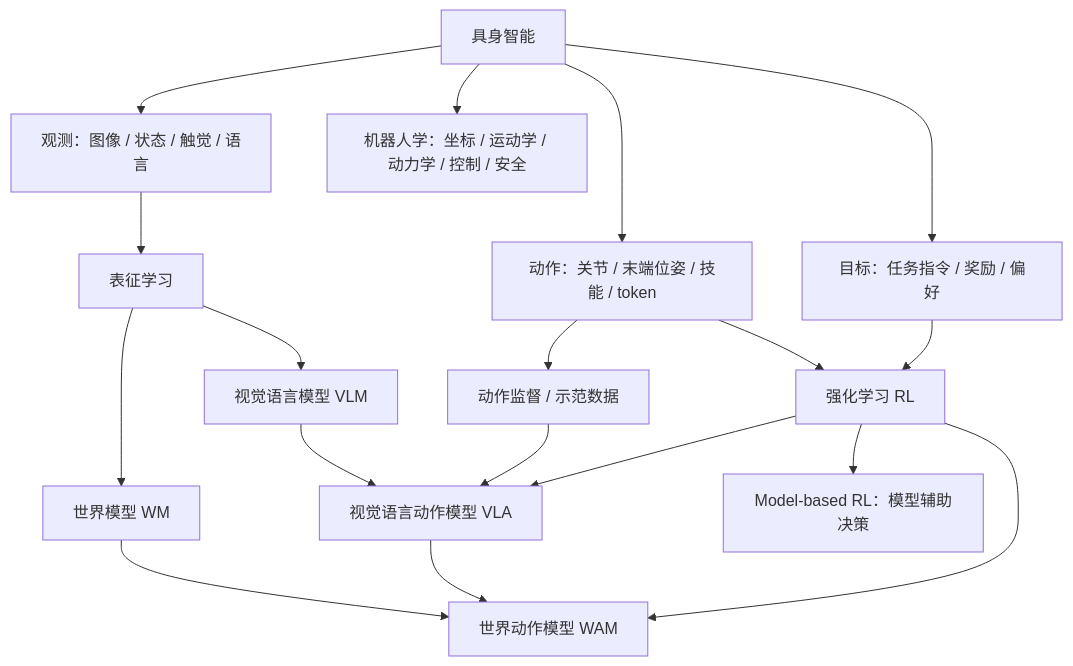
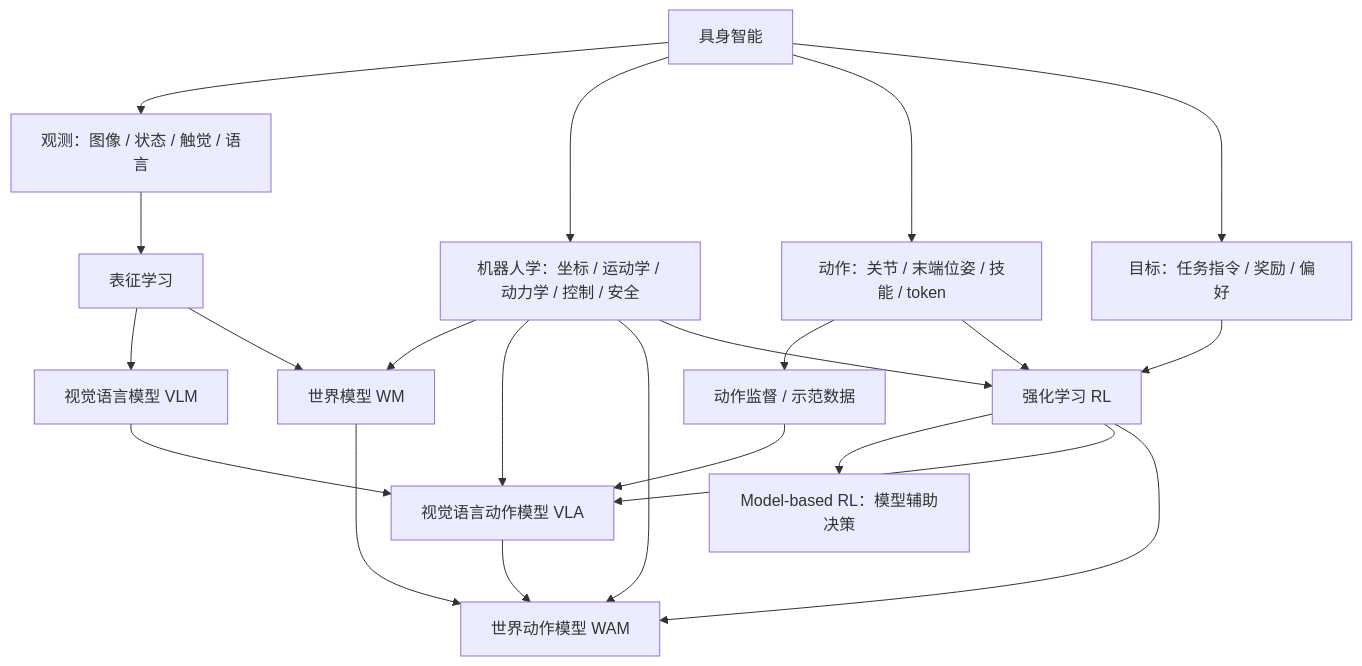
The second of 8 diagrams in docs/knowledge-map.md (Faraday-2024/Embodied-AI-Start), drawn with Mermaid before and after one commit.

Commit message:
Add ROB relationships to knowledge map
Added new relationships for ROB in the knowledge map.

````diff
--- a/docs/knowledge-map.md
+++ b/docs/knowledge-map.md
@@ -27,24 +27,28 @@
 ```mermaid
 flowchart TD
     ROOT["具身智能"] --> OBS["观测：图像 / 状态 / 触觉 / 语言"]
     ROOT --> ROB["机器人学：坐标 / 运动学 / 动力学 / 控制 / 安全"]
     ROOT --> ACT["动作：关节 / 末端位姿 / 技能 / token"]
     ROOT --> OBJ["目标：任务指令 / 奖励 / 偏好"]
 
     OBS --> REP["表征学习"]
     REP --> VLM["视觉语言模型 VLM"]
     REP --> WM["世界模型 WM"]
 
     VLM --> VLA["视觉语言动作模型 VLA"]
     WM --> WAM["世界动作模型 WAM"]
     VLA --> WAM
 
     ACT --> SUP["动作监督 / 示范数据"]
     ACT --> RL["强化学习 RL"]
     OBJ --> RL
     RL --> MBRL["Model-based RL：模型辅助决策"]
 
     SUP --> VLA
     RL --> VLA
     RL --> WAM
+    ROB --> WM
+    ROB --> VLA
+    ROB --> WAM
+    ROB --> RL
 ```
````
